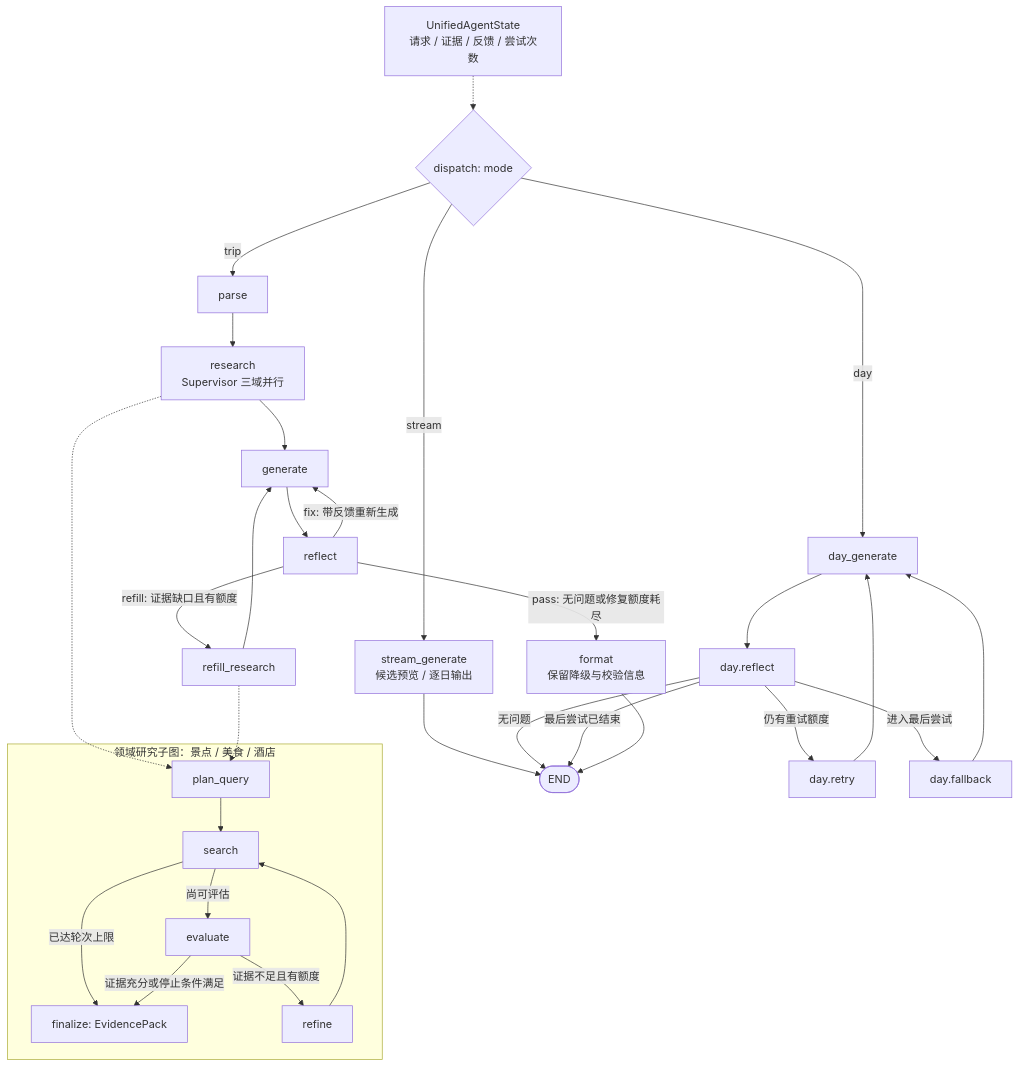
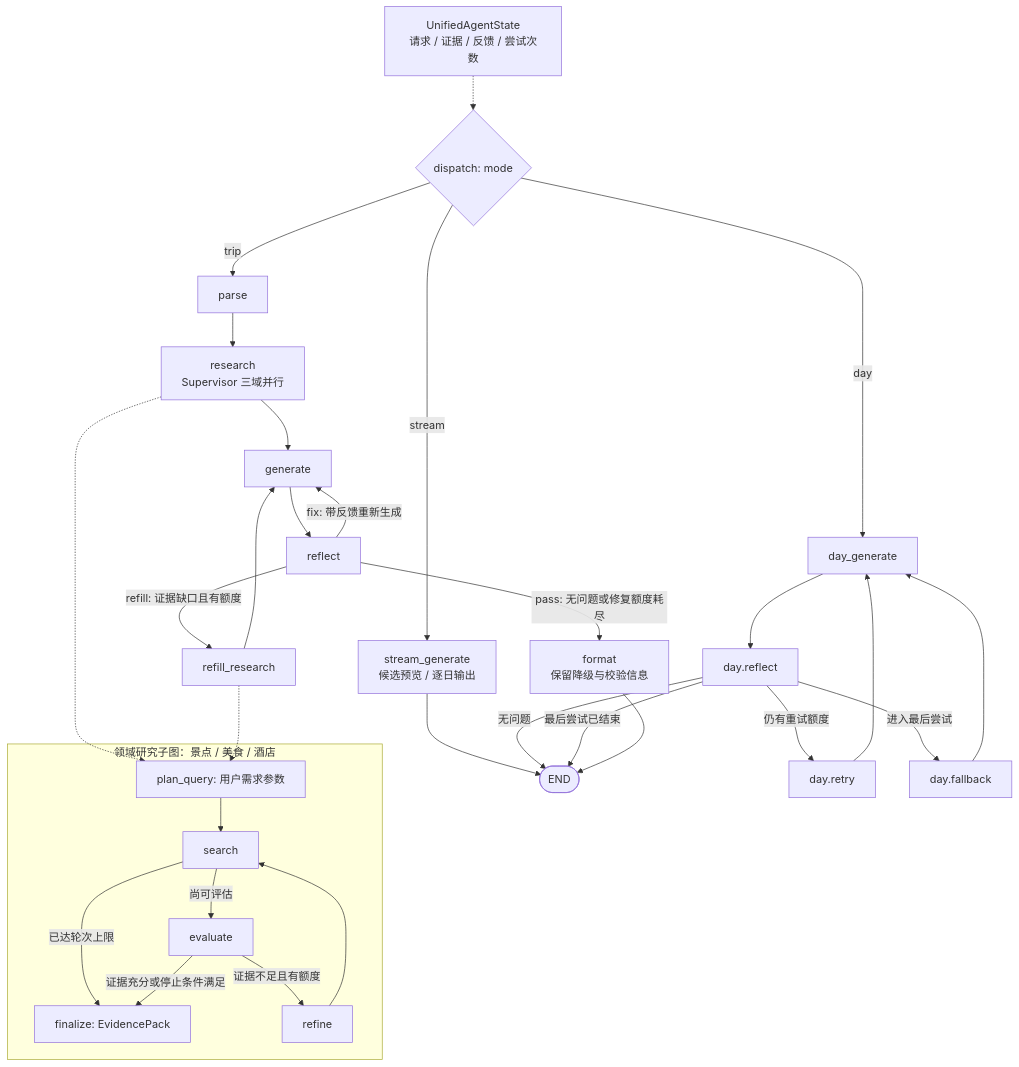
One commit to wabcyyyy/Sinan changed the first of 2 diagrams in README.md. Above: the diagram before and after it, drawn with Mermaid. The commit also changed other lines of this file and 5 other files, not shown here.

````diff
--- a/README.md
+++ b/README.md
@@ -46,33 +46,33 @@
 ```mermaid
 flowchart TD
     S["UnifiedAgentState<br/>请求 / 证据 / 反馈 / 尝试次数"] -.-> D{"dispatch: mode"}
     D -->|stream| SG["stream_generate<br/>候选预览 / 逐日输出"]
     SG --> E(["END"])
     D -->|day| DG["day_generate"]
     DG --> DR["day.reflect"]
     DR -->|无问题| E
     DR -->|仍有重试额度| RT["day.retry"]
     RT --> DG
     DR -->|进入最后尝试| FB["day.fallback"]
     FB --> DG
     DR -->|最后尝试已结束| E
     D -->|trip| P["parse"]
     P --> R["research<br/>Supervisor 三域并行"]
     R --> G["generate"]
     G --> V["reflect"]
     V -->|fix: 带反馈重新生成| G
     V -->|refill: 证据缺口且有额度| RF["refill_research"]
     RF --> G
     V -->|pass: 无问题或修复额度耗尽| F["format<br/>保留降级与校验信息"]
     F --> E
     R -.-> Q
     RF -.-> Q
     subgraph Research["领域研究子图：景点 / 美食 / 酒店"]
-        Q["plan_query"] --> SE["search"]
+        Q["plan_query: 用户需求参数"] --> SE["search"]
         SE -->|尚可评估| EV["evaluate"]
         SE -->|已达轮次上限| FN["finalize: EvidencePack"]
         EV -->|证据充分或停止条件满足| FN
         EV -->|证据不足且有额度| RE["refine"]
         RE --> SE
     end
 ```
````
